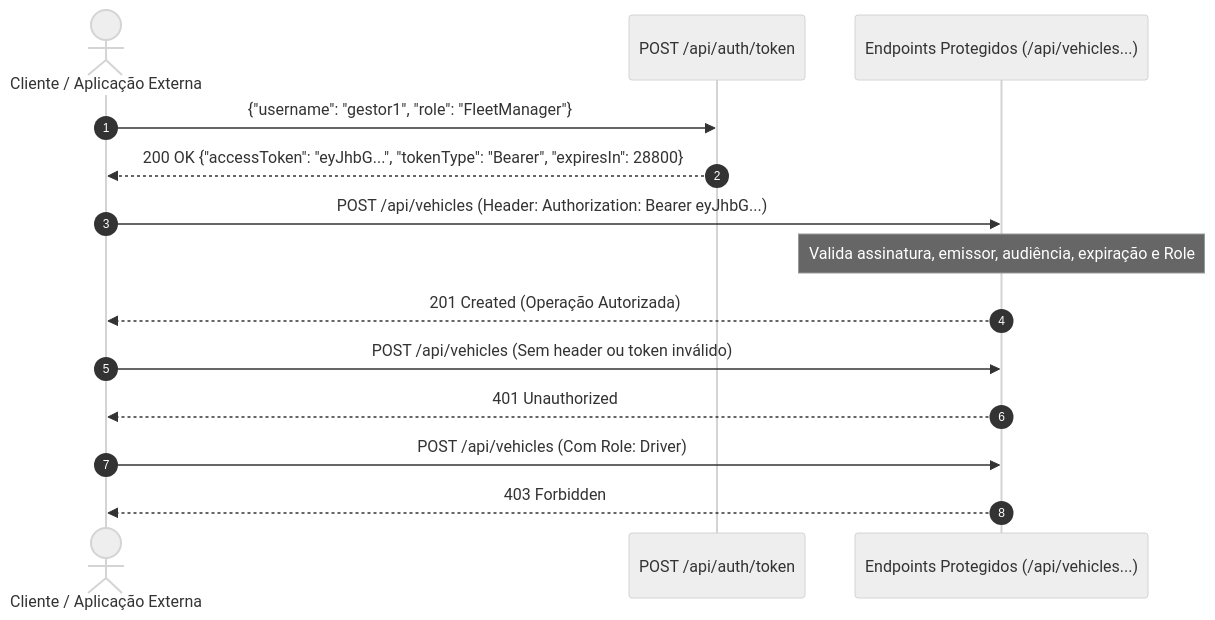
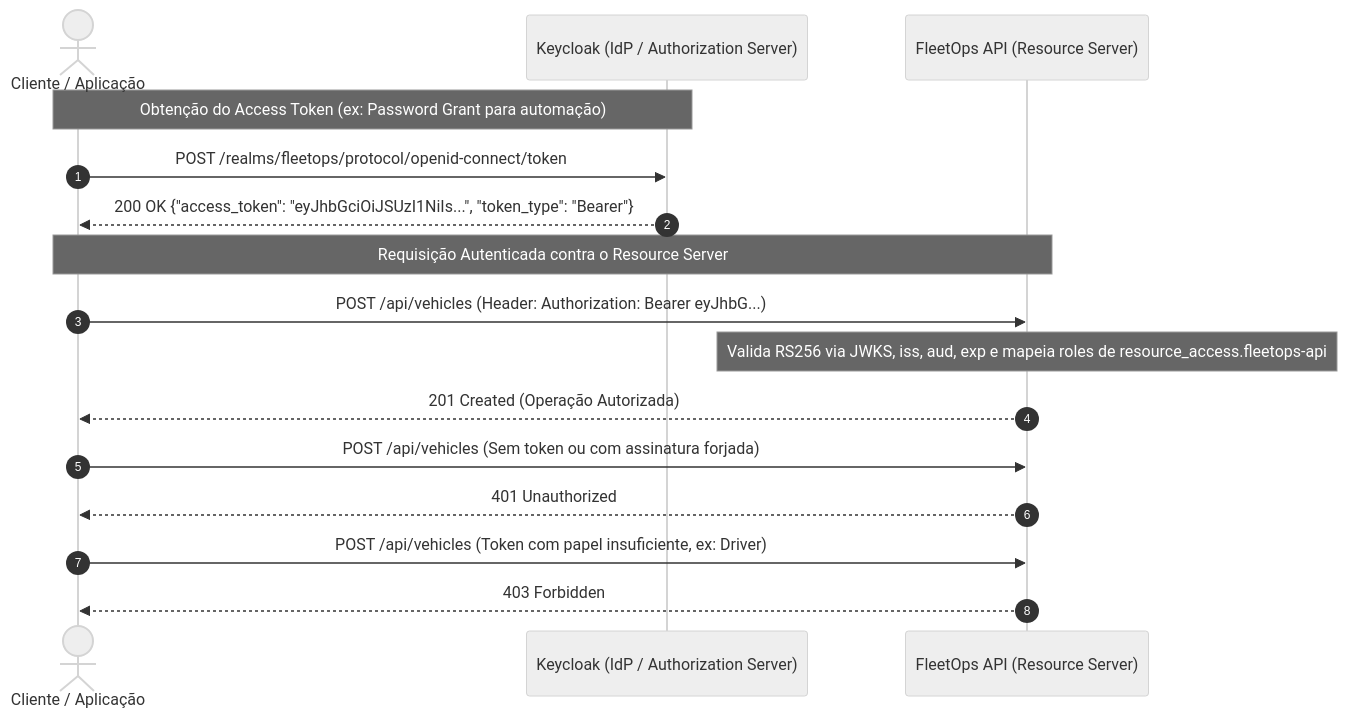
Before and after one commit to DevYuriVieira/fleetops-api: the fifth of 16 diagrams in README.md, drawn with Mermaid (neutral theme). The commit also changed other lines of this file and 2 other files, not shown here.

Commit message:
docs(auth): document OIDC architecture and ADR-016

````diff
--- a/README.md
+++ b/README.md
@@ -761,20 +778,22 @@
 ```mermaid
 sequenceDiagram
     autonumber
-    actor Client as Cliente / Aplicação Externa
-    participant Auth as POST /api/auth/token
-    participant API as Endpoints Protegidos (/api/vehicles...)
+    actor Client as Cliente / Aplicação
+    participant IdP as Keycloak (IdP / Authorization Server)
+    participant RS as FleetOps API (Resource Server)
 
-    Client->>Auth: {"username": "gestor1", "role": "FleetManager"}
-    Auth-->>Client: 200 OK {"accessToken": "eyJhbG...", "tokenType": "Bearer", "expiresIn": 28800}
+    Note over Client,IdP: Obtenção do Access Token (ex: Password Grant para automação)
+    Client->>IdP: POST /realms/fleetops/protocol/openid-connect/token
+    IdP-->>Client: 200 OK {"access_token": "eyJhbGciOiJSUzI1NiIs...", "token_type": "Bearer"}
 
-    Client->>API: POST /api/vehicles (Header: Authorization: Bearer eyJhbG...)
-    Note over API: Valida assinatura, emissor, audiência, expiração e Role
-    API-->>Client: 201 Created (Operação Autorizada)
+    Note over Client,RS: Requisição Autenticada contra o Resource Server
+    Client->>RS: POST /api/vehicles (Header: Authorization: Bearer eyJhbG...)
+    Note over RS: Valida RS256 via JWKS, iss, aud, exp e mapeia roles de resource_access.fleetops-api
+    RS-->>Client: 201 Created (Operação Autorizada)
 
-    Client->>API: POST /api/vehicles (Sem header ou token inválido)
-    API-->>Client: 401 Unauthorized
+    Client->>RS: POST /api/vehicles (Sem token ou com assinatura forjada)
+    RS-->>Client: 401 Unauthorized
 
-    Client->>API: POST /api/vehicles (Com Role: Driver)
-    API-->>Client: 403 Forbidden
+    Client->>RS: POST /api/vehicles (Token com papel insuficiente, ex: Driver)
+    RS-->>Client: 403 Forbidden
 ```
````
